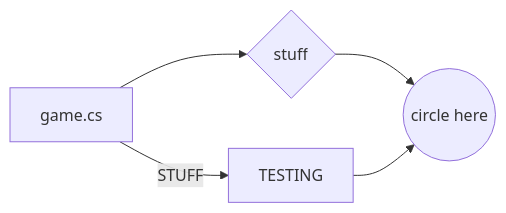
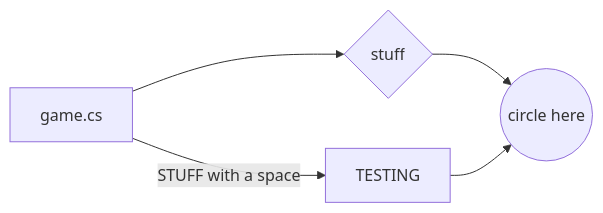
One commit to dconlrn/dconlrn.github.io changed the second of 3 diagrams in merm.md. Above: the diagram before and after it, drawn with Mermaid. The commit also changed other lines of this file, not shown here.

Commit message:
django dep update

```diff
--- a/merm.md
+++ b/merm.md
@@ -23,11 +23,11 @@
 <div class="mermaid"> 
 
 
 graph LR;
     A[game.cs]-->B{stuff};
-    A-->|STUFF|C[TESTING];
+    A-->|STUFF with a space|C[TESTING];
     B-->D((circle here));
     C-->D;
 
 
 </div> 
```
